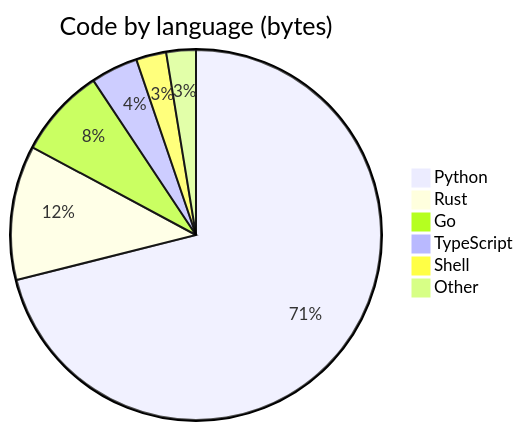
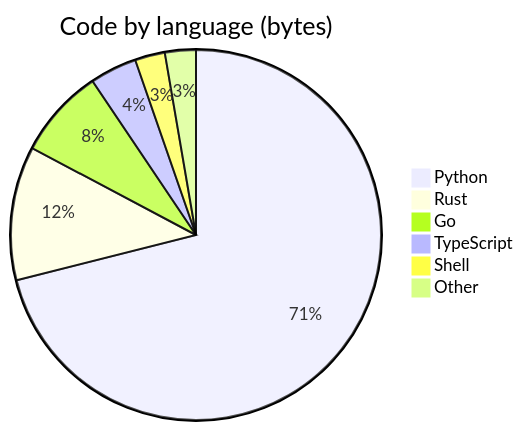
The diagram in assets/languages.mmd (adeoluo/adeoluo), drawn with Mermaid before and after one commit. The commit also changed 4 other files, not shown here.

Commit message:
Profile: charts on white so they read in dark mode, current releases

```diff
--- a/assets/languages.mmd
+++ b/assets/languages.mmd
@@ -1,8 +1,8 @@
 pie
   title Code by language (bytes)
-  "Python" : 5932364
+  "Python" : 5958965
   "Rust" : 980948
-  "Go" : 653307
-  "TypeScript" : 343762
+  "Go" : 655896
+  "TypeScript" : 343843
   "Shell" : 219530
-  "Other" : 215644
+  "Other" : 226462
```
